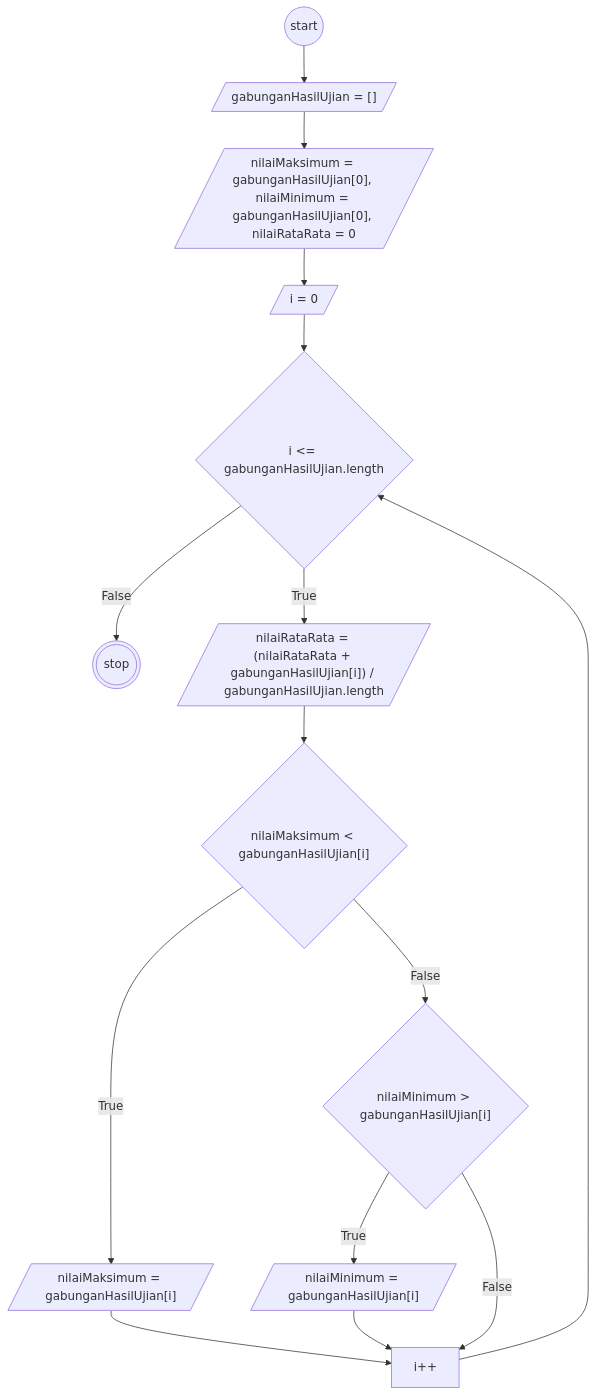
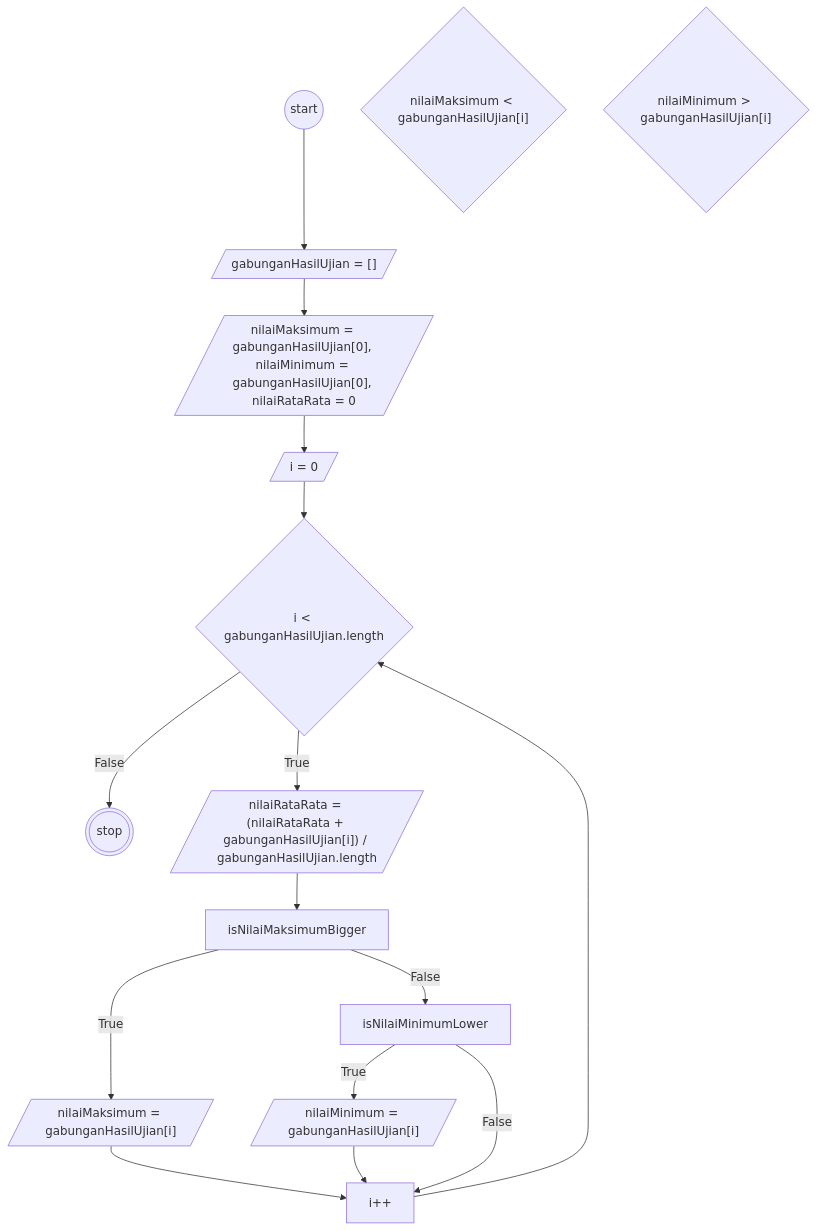
The diagram in flowchart-nilai-maksimum-minimum-rata-rata.md (Arif14377/koda-b6-javascript2), drawn with Mermaid before and after one commit.

````diff
--- a/flowchart-nilai-maksimum-minimum-rata-rata.md
+++ b/flowchart-nilai-maksimum-minimum-rata-rata.md
@@ -3,32 +3,32 @@
 ```mermaid
 flowchart TD
 start@{shape: circle, label: "start"}
 input@{shape: lean-r, label: "gabunganHasilUjian = []"}
 input2@{shape: lean-r, label: "nilaiMaksimum = gabunganHasilUjian[0], nilaiMinimum = gabunganHasilUjian[0], nilaiRataRata = 0"}
 initLoop@{shape: lean-r, label: "i = 0"}
-conditionLoop@{shape: diamond, label: "i <= gabunganHasilUjian.length"}
-isNilaiMaksimumBigger@{shape: diamond, label: "nilaiMaksimum < gabunganHasilUjian[i]"}
+conditionLoop@{shape: diamond, label: "i < gabunganHasilUjian.length"}
+isNilaiMaksimumLower@{shape: diamond, label: "nilaiMaksimum < gabunganHasilUjian[i]"}
 nilaiMaksimum@{shape: lean-r, label: "nilaiMaksimum = gabunganHasilUjian[i]"}
 pengubah@{shape: rect, label: i++}
 stop@{shape: dbl-circ, label: "stop"}
-isNilaiMinimumLower@{shape: diamond, label: "nilaiMinimum > gabunganHasilUjian[i]"}
+isNilaiMinimumBigger@{shape: diamond, label: "nilaiMinimum > gabunganHasilUjian[i]"}
 nilaiMinimum@{shape: lean-r, label: "nilaiMinimum = gabunganHasilUjian[i]"}
 nilaiRataRata@{shape: lean-r, label: "nilaiRataRata = (nilaiRataRata + gabunganHasilUjian[i]) / gabunganHasilUjian.length"}
 
 
 start-->input
 input-->input2
 input2-->initLoop
 initLoop-->conditionLoop
 conditionLoop--True-->nilaiRataRata
 nilaiRataRata-->isNilaiMaksimumBigger
 conditionLoop--False-->stop
 isNilaiMaksimumBigger--True-->nilaiMaksimum
 nilaiMaksimum-->pengubah
 pengubah-->conditionLoop
 isNilaiMaksimumBigger--False-->isNilaiMinimumLower
 isNilaiMinimumLower--True-->nilaiMinimum
 nilaiMinimum-->pengubah
 isNilaiMinimumLower--False-->pengubah
 
 ```
````
